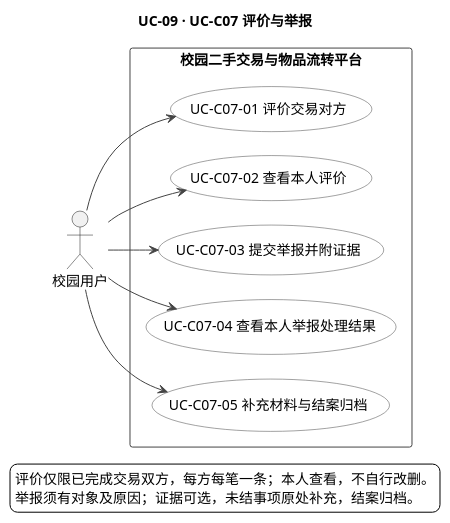
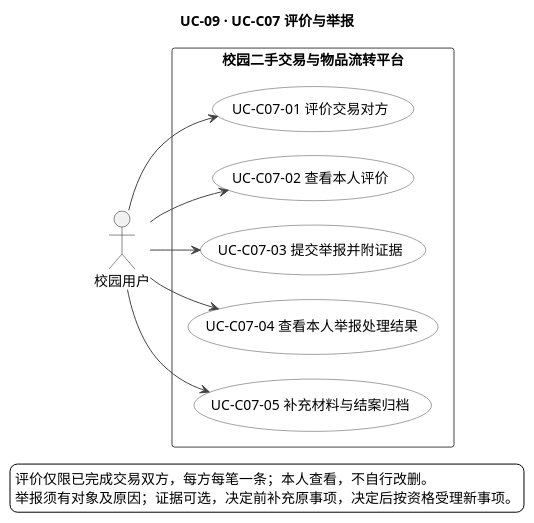
Before and after one commit to iy88/se-course-project-1: the diagram in docs/appendices/models/UC-09-评价与举报用例图.puml, drawn with PlantUML. The commit also changed 110 other files, not shown here.

```diff
--- a/docs/appendices/models/UC-09-评价与举报用例图.puml
+++ b/docs/appendices/models/UC-09-评价与举报用例图.puml
@@ -1,81 +1,80 @@
 @startuml
 ' Version: 0.1.0
 ' Version-Datetime: 2026-10-26T12:37:57+08:00
 title UC-09 · UC-C07 评价与举报
 
 skinparam backgroundColor #FFFFFF
 skinparam defaultFontName "PingFang SC"
 skinparam shadowing false
 skinparam nodesep 24
 skinparam ranksep 38
 skinparam usecase {
   BackgroundColor #FFFFFF
   BorderColor #444444
 }
 skinparam rectangle {
   BackgroundColor #FFFFFF
   BorderColor #444444
 }
 skinparam ArrowColor #444444
 skinparam noteBackgroundColor #FFFFFF
 left to right direction
 
 actor 校园用户 as CampusUser
 
 rectangle "校园二手交易与物品流转平台" {
   usecase (UC-C07-01 评价交易对方) as C0701
   usecase (UC-C07-02 查看本人评价) as C0702
   usecase (UC-C07-03 提交举报并附证据) as C0703
   usecase (UC-C07-04 查看本人举报处理结果) as C0704
   usecase (UC-C07-05 补充材料与结案归档) as C0705
 }
 
 CampusUser --> C0701
 CampusUser --> C0702
 CampusUser --> C0703
 CampusUser --> C0704
 CampusUser --> C0705
 
 ' note bottom of C0701
 '   交易完成、本人为双方之一且未封禁；每方每笔
 '   一条 1—5 分及文字评价；未完成、代评、重复
 '   提交拒绝；用户不能自行修改或删除（BR-24）。
 ' end note
 
 ' note bottom of C0702
 '   仅在“我的评价”按发表或收到查看并关联交易；
 '   不提供商品页或公开评价列表；拒绝他人越权，
 '   商品下架不影响本人读取（BR-24、BR-27）。
 ' end note
 
 ' note bottom of C0703
 '   举报与评价是独立目标，不以成交或先评价为
 '   前提；须明确对象和原因，说明或截图可选；
 '   未封禁用户可提交（BR-25）。
 ' end note
 
 ' note bottom of C0704
 '   管理员确认后匿名公开结论及可公开原因；
 '   向举报人发送本人处理结果通知；不披露私人
 '   消息、申辩内容或管理员信息（BR-25、BR-26）。
 ' end note
 
 ' note bottom of C0705
-'   同用户同对象有未结举报时在原事项补充，不
-'   重复新建；结案后归档只读，拒绝补充、新事实
-'   或重新提交，原记录保留（BR-25）。
+'   同用户同对象在决定前补充原事项；决定后按
+'   当前资格受理新事项，原记录保留（BR-25）。
 ' end note
 
 ' note right of C0704
 '   违规评价与举报处置由认领管理员经 UC-C08
 '   处理；本图不设管理员日常浏览 actor，也不把
 '   管理处置画成用户举报的 include。
 ' end note
 
 ' 评价与举报独立；05 是同一举报事项的条件
 ' 延续，不强制 extend；管理员处置走 UC-C08。
 legend bottom
 评价仅限已完成交易双方，每方每笔一条；本人查看，不自行改删。
-举报须有对象及原因；证据可选，未结事项原处补充，结案归档。
+举报须有对象及原因；证据可选，决定前补充原事项，决定后按资格受理新事项。
 endlegend
 @enduml
```
